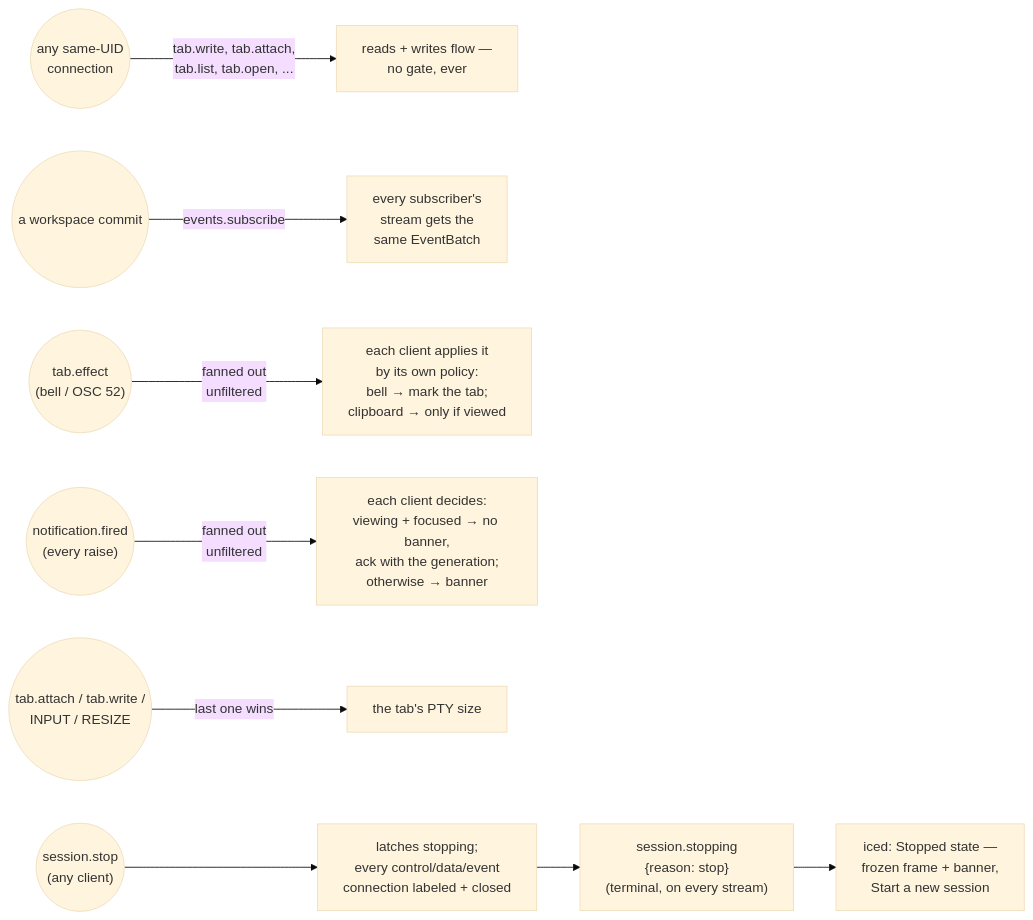
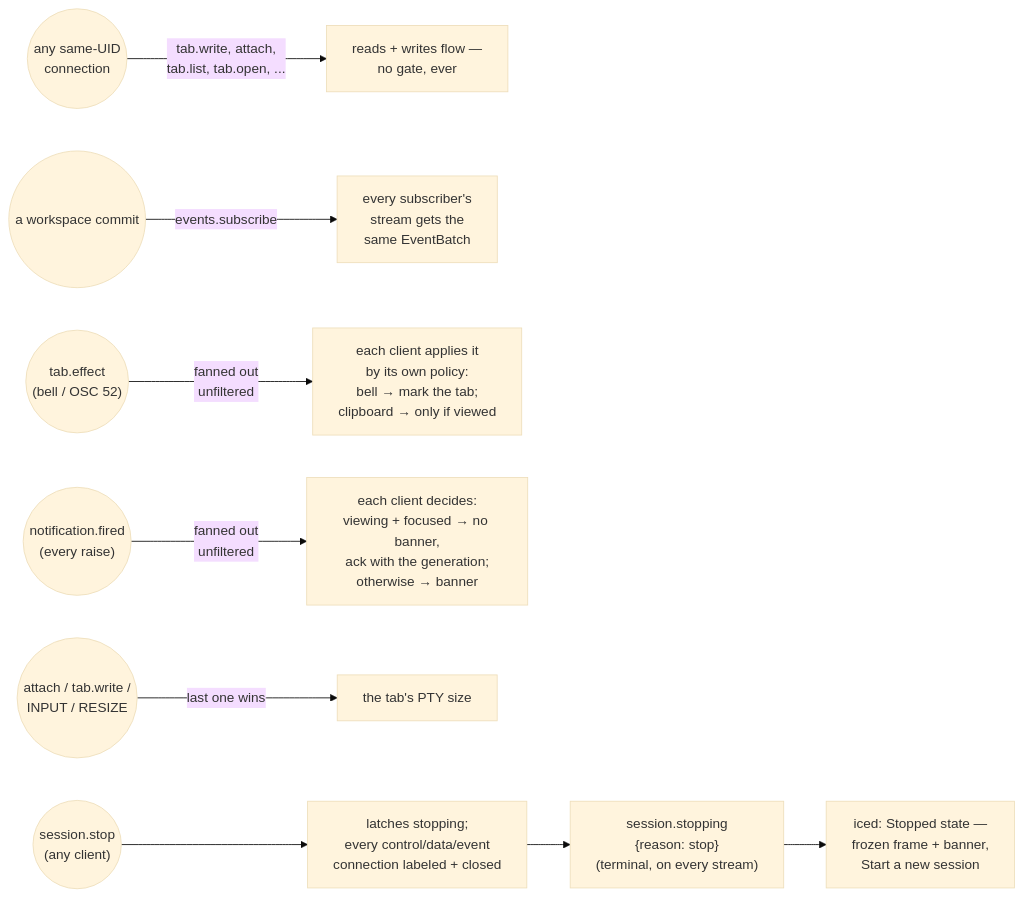
Before and after one commit to charliek/roost: the third of 3 diagrams in docs/development/host-sessions.md, drawn with Mermaid (base theme). The commit also changed other lines of this file and 45 other files, not shown here.

````diff
--- a/docs/development/host-sessions.md
+++ b/docs/development/host-sessions.md
@@ -85,11 +85,11 @@
 ```mermaid
 flowchart LR
-  AnyClient(("any same-UID<br/>connection")) -- "tab.write, tab.attach,<br/>tab.list, tab.open, ..." --> Live["reads + writes flow —<br/>no gate, ever"]
+  AnyClient(("any same-UID<br/>connection")) -- "tab.write, attach,<br/>tab.list, tab.open, ..." --> Live["reads + writes flow —<br/>no gate, ever"]
   Commit(("a workspace commit")) -- "events.subscribe" --> Batch["every subscriber's<br/>stream gets the<br/>same EventBatch"]
   Effect(("tab.effect<br/>(bell / OSC 52)")) -- "fanned out<br/>unfiltered" --> EachClient["each client applies it<br/>by its own policy:<br/>bell → mark the tab;<br/>clipboard → only if viewed"]
   Notify(("notification.fired<br/>(every raise)")) -- "fanned out<br/>unfiltered" --> EachWindow["each client decides:<br/>viewing + focused → no banner,<br/>ack with the generation;<br/>otherwise → banner"]
-  Size(("tab.attach / tab.write /<br/>INPUT / RESIZE")) -- "last one wins" --> PtySize["the tab's PTY size"]
+  Size(("attach / tab.write /<br/>INPUT / RESIZE")) -- "last one wins" --> PtySize["the tab's PTY size"]
   Stop(("session.stop<br/>(any client)")) --> Stopping["latches stopping;<br/>every control/data/event<br/>connection labeled + closed"]
   Stopping --> StoppingS["session.stopping<br/>{reason: stop}<br/>(terminal, on every stream)"]
   StoppingS --> UIS["iced: Stopped state —<br/>frozen frame + banner,<br/>Start a new session"]
 ```
````
